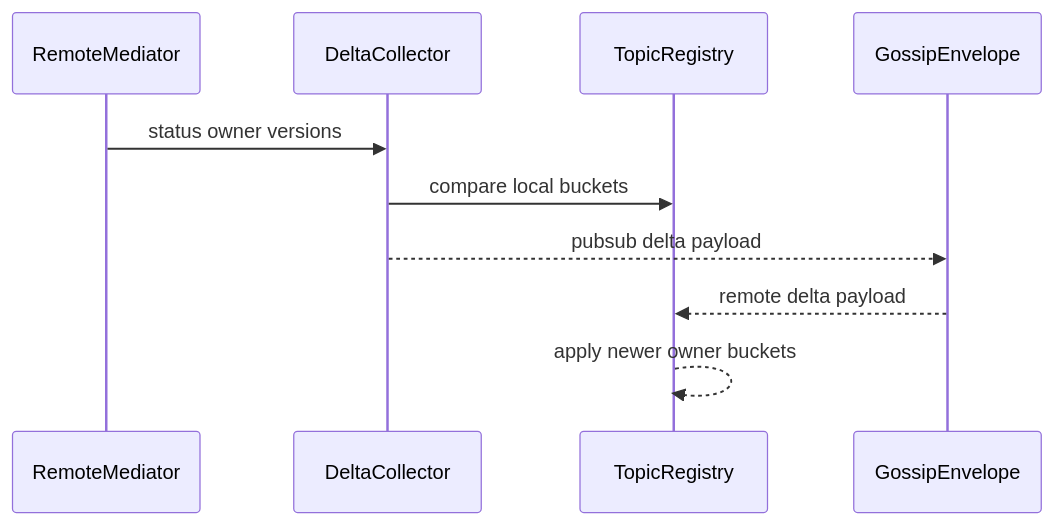
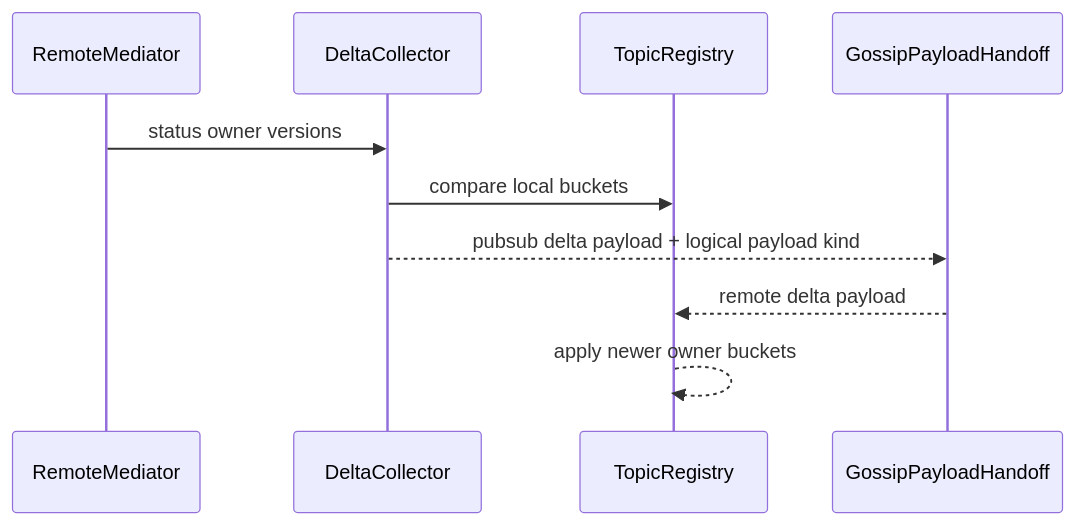
The third of 4 diagrams in .kiro/specs/cluster-pubsub-mediator-protocol/design.md (j5ik2o/fraktor-rs), drawn with Mermaid before and after one commit. The commit also changed other lines of this file and 3 other files, not shown here.

Commit message:
feat(cluster-pubsub): integrate actor-core `ActorPath` for registry key canonicalization and enhance `GossipPayloadKind` enum with logical pubsub variants

````diff
--- a/.kiro/specs/cluster-pubsub-mediator-protocol/design.md
+++ b/.kiro/specs/cluster-pubsub-mediator-protocol/design.md
@@ -160,12 +161,12 @@
 ```mermaid
 sequenceDiagram
     participant Peer as RemoteMediator
     participant Collector as DeltaCollector
     participant Registry as TopicRegistry
-    participant Gossip as GossipEnvelope
+    participant Gossip as GossipPayloadHandoff
     Peer->>Collector: status owner versions
     Collector->>Registry: compare local buckets
-    Collector-->>Gossip: pubsub delta payload
+    Collector-->>Gossip: pubsub delta payload + logical payload kind
     Gossip-->>Registry: remote delta payload
     Registry-->>Registry: apply newer owner buckets
 ```
````
